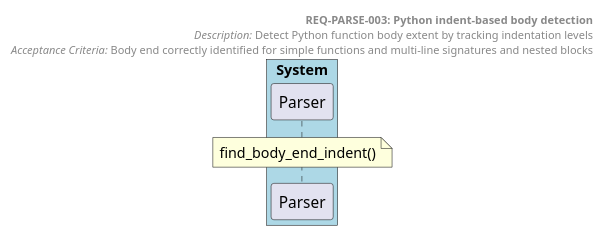
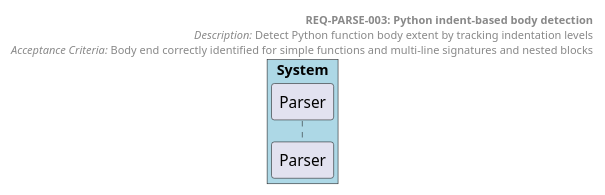
The diagram in docs/generated/sequences/REQ-PARSE-003.puml (tvanfossen/doxygen-guard), drawn with PlantUML before and after one commit. The commit also changed 35 other files, not shown here.

First line of the commit message:
Add tree-sitter AST pipeline for behavioral sequence diagrams

```diff
--- a/docs/generated/sequences/REQ-PARSE-003.puml
+++ b/docs/generated/sequences/REQ-PARSE-003.puml
@@ -1,16 +1,15 @@
 @startuml REQ-PARSE-003 Python indent-based body detection
 autonumber
 
 box "System" #LightBlue
   participant "Parser" as Parser
 end box
 
 header
   **REQ-PARSE-003: Python indent-based body detection**
   //Description:// Detect Python function body extent by tracking indentation levels
   //Acceptance Criteria:// Body end correctly identified for simple functions and multi-line signatures and nested blocks
 end header
 
-note over Parser: find_body_end_indent()
 
 @enduml
```
